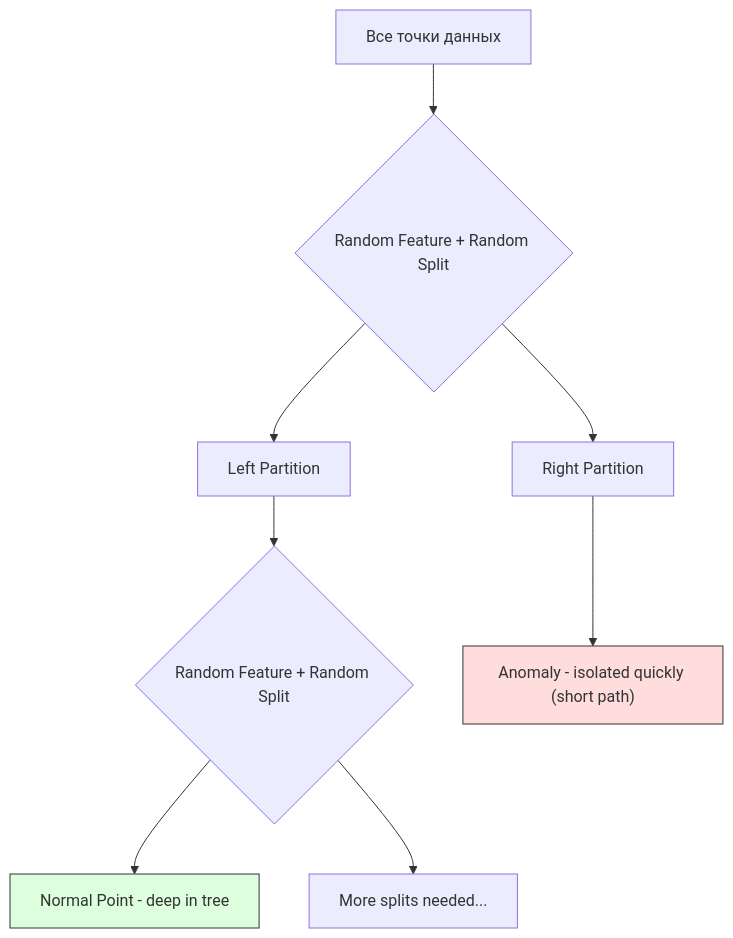
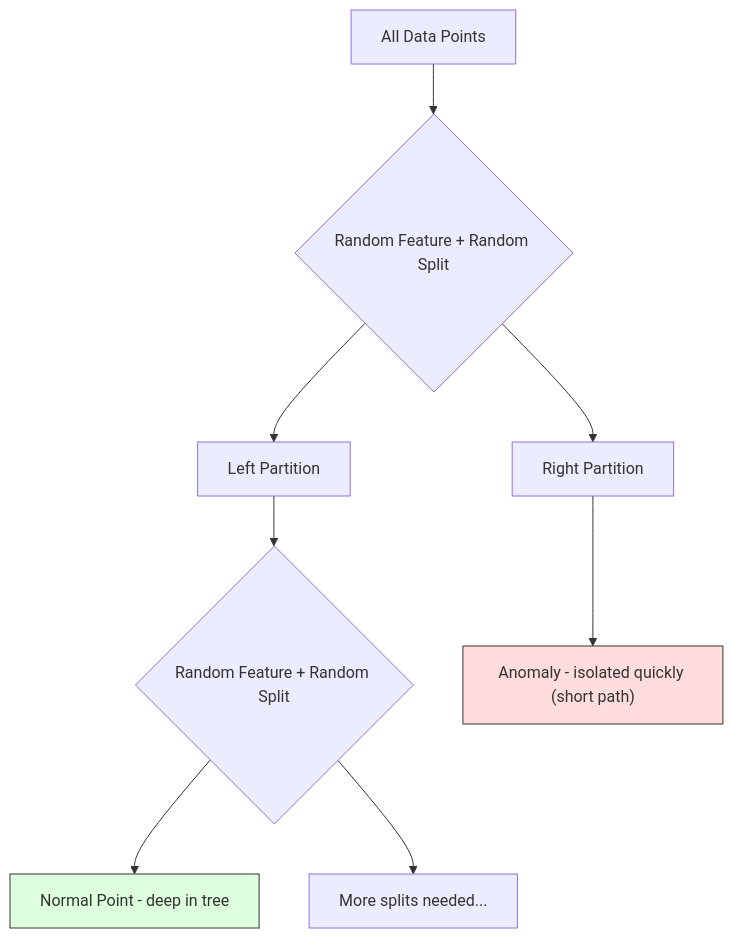
The second of 3 diagrams in phases/02-ml-fundamentals/16-anomaly-detection/docs/ru.md (stabuev/ai-engineering-from-scratch), drawn with Mermaid before and after one commit. The commit also changed other lines of this file and 182 other files, not shown here.

````diff
--- a/phases/02-ml-fundamentals/16-anomaly-detection/docs/ru.md
+++ b/phases/02-ml-fundamentals/16-anomaly-detection/docs/ru.md
@@ -127,13 +127,13 @@
 ```mermaid
 flowchart TD
-    A[Все точки данных] --> B{Random Feature + Random Split}
+    A[All Data Points] --> B{Random Feature + Random Split}
     B --> C[Left Partition]
     B --> D[Right Partition]
     C --> E{Random Feature + Random Split}
     E --> F[Normal Point - deep in tree]
     E --> G[More splits needed...]
     D --> H["Anomaly - isolated quickly (short path)"]
 
     style H fill:#fdd,stroke:#333
     style F fill:#dfd,stroke:#333
 ```
````
